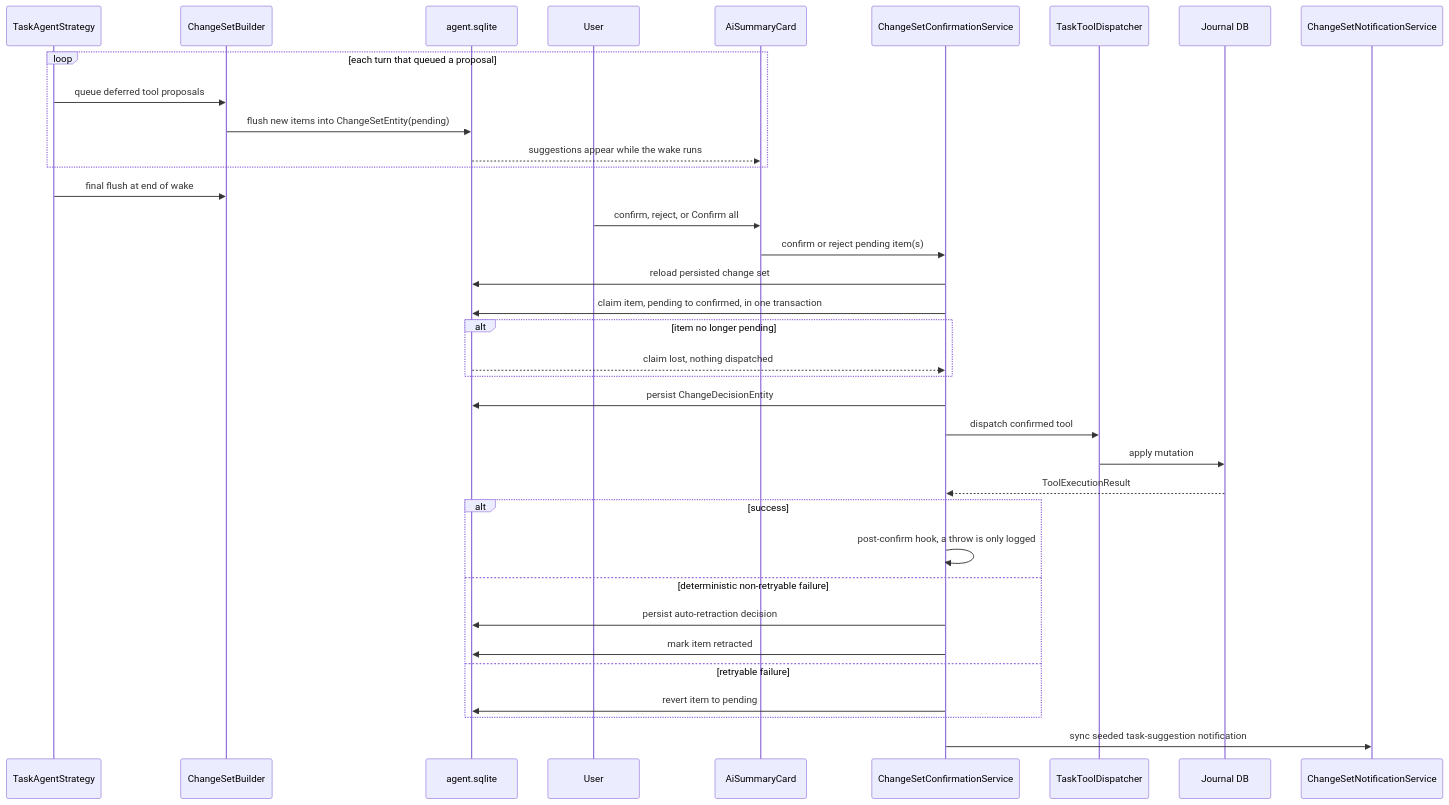
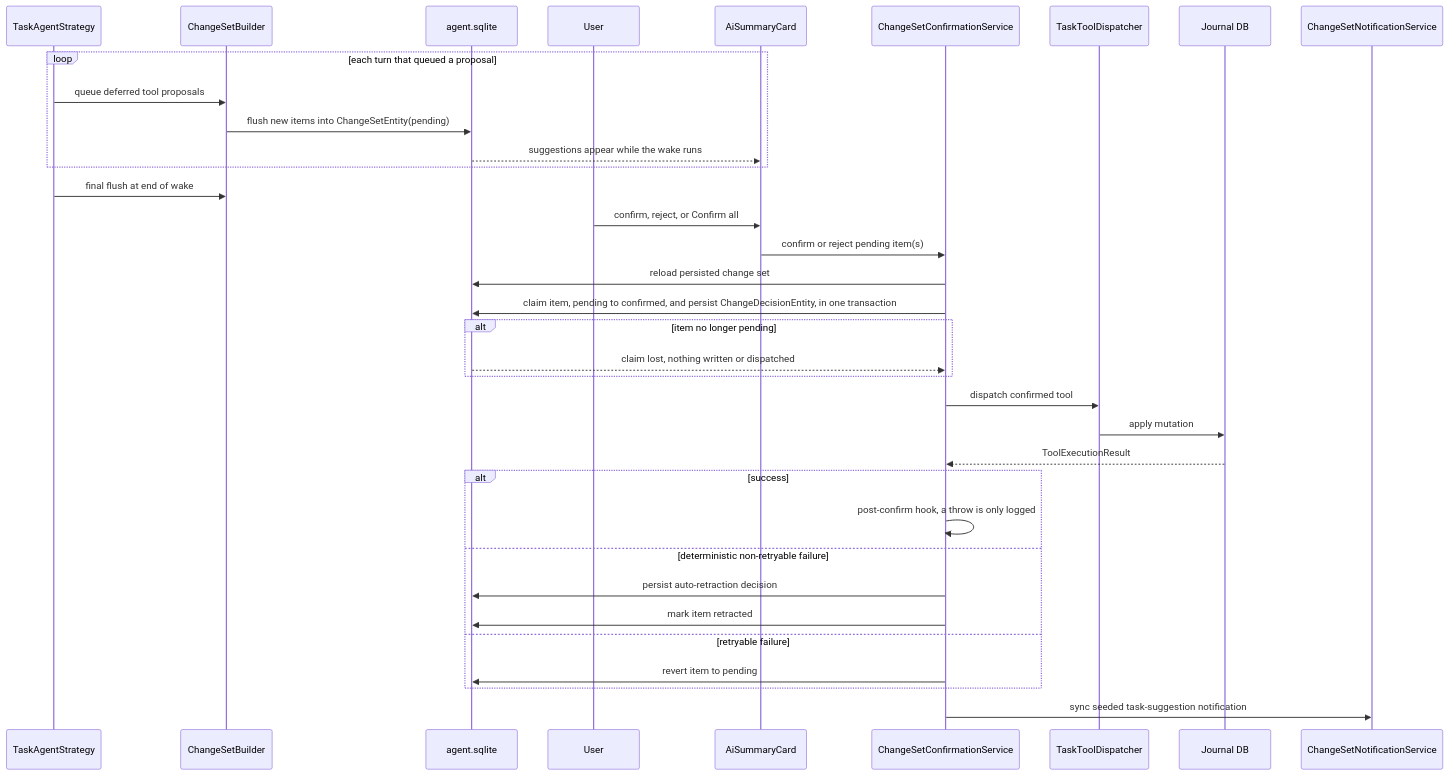
The seventh of 9 diagrams in knowledge/features/agents/task-agents.md (matthiasn/lotti), drawn with Mermaid before and after one commit. The commit also changed other lines of this file and 9 other files, not shown here.

First line of the commit message:
fix(agents): commit claim and decision together, load wake intents once

````diff
--- a/knowledge/features/agents/task-agents.md
+++ b/knowledge/features/agents/task-agents.md
@@ -934,39 +934,38 @@
 ```mermaid
 sequenceDiagram
   participant Agent as TaskAgentStrategy
   participant Builder as ChangeSetBuilder
   participant Store as agent.sqlite
   participant User as User
   participant Card as AiSummaryCard
   participant Confirm as ChangeSetConfirmationService
   participant Dispatch as TaskToolDispatcher
   participant Journal as Journal DB
   participant Inbox as ChangeSetNotificationService
 
   loop each turn that queued a proposal
     Agent->>Builder: queue deferred tool proposals
     Builder->>Store: flush new items into ChangeSetEntity(pending)
     Store-->>Card: suggestions appear while the wake runs
   end
   Agent->>Builder: final flush at end of wake
   User->>Card: confirm, reject, or Confirm all
   Card->>Confirm: confirm or reject pending item(s)
   Confirm->>Store: reload persisted change set
-  Confirm->>Store: claim item, pending to confirmed, in one transaction
+  Confirm->>Store: claim item, pending to confirmed, and persist ChangeDecisionEntity, in one transaction
   alt item no longer pending
-    Store-->>Confirm: claim lost, nothing dispatched
+    Store-->>Confirm: claim lost, nothing written or dispatched
   end
-  Confirm->>Store: persist ChangeDecisionEntity
   Confirm->>Dispatch: dispatch confirmed tool
   Dispatch->>Journal: apply mutation
   Journal-->>Confirm: ToolExecutionResult
   alt success
     Confirm->>Confirm: post-confirm hook, a throw is only logged
   else deterministic non-retryable failure
     Confirm->>Store: persist auto-retraction decision
     Confirm->>Store: mark item retracted
   else retryable failure
     Confirm->>Store: revert item to pending
   end
   Confirm->>Inbox: sync seeded task-suggestion notification
 ```
````
